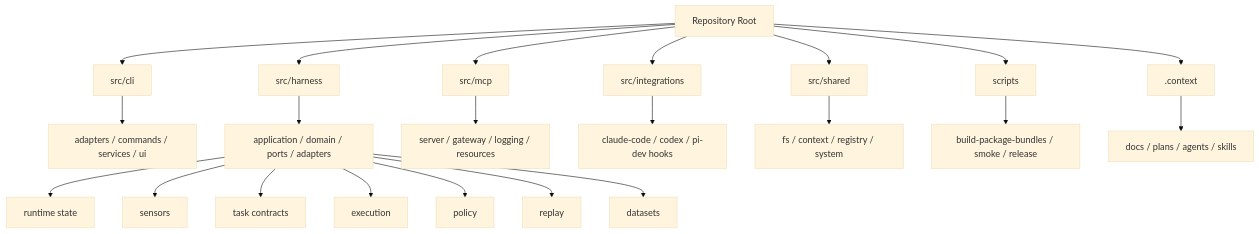
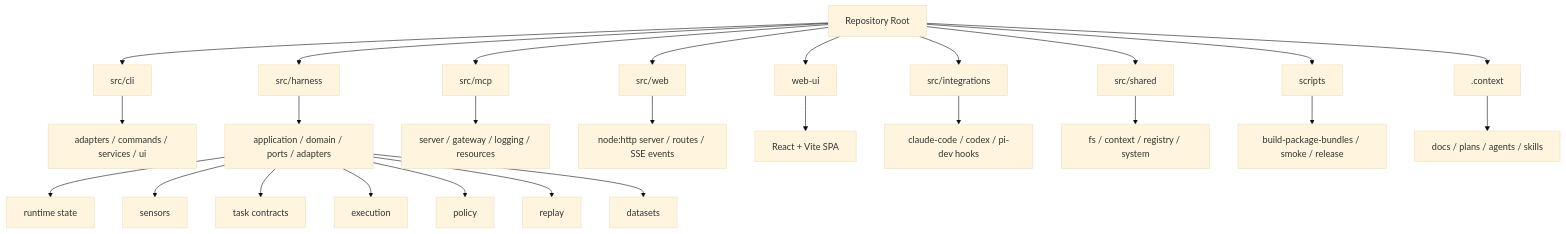
One commit to vinilana/dotcontext changed the third of 4 diagrams in ARCHITECTURE.md. Above: the diagram before and after it, drawn with Mermaid (base theme). The commit also changed other lines of this file and 35 other files, not shown here.

````diff
--- a/ARCHITECTURE.md
+++ b/ARCHITECTURE.md
@@ -144,29 +150,33 @@
 ```mermaid
 flowchart TD
     Root["Repository Root"]
 
     Root --> CLI["src/cli"]
     Root --> Harness["src/harness"]
     Root --> MCP["src/mcp"]
+    Root --> Web["src/web"]
+    Root --> WebUI["web-ui"]
     Root --> Integrations["src/integrations"]
     Root --> Shared["src/shared"]
     Root --> Scripts["scripts"]
     Root --> Context[".context"]
 
     CLI --> CLIAdapters["adapters / commands / services / ui"]
     Harness --> HarnessBoundary["application / domain / ports / adapters"]
     MCP --> MCPBoundary["server / gateway / logging / resources"]
+    Web --> WebBoundary["node:http server / routes / SSE events"]
+    WebUI --> WebUIBoundary["React + Vite SPA"]
     Integrations --> HostAdapters["claude-code / codex / pi-dev hooks"]
     Shared --> SharedCore["fs / context / registry / system"]
 
     HarnessBoundary --> Runtime["runtime state"]
     HarnessBoundary --> Sensors["sensors"]
     HarnessBoundary --> Contracts["task contracts"]
     HarnessBoundary --> Execution["execution"]
     HarnessBoundary --> Policy["policy"]
     HarnessBoundary --> Replay["replay"]
     HarnessBoundary --> Dataset["datasets"]
 
     Scripts --> Packaging["build-package-bundles / smoke / release"]
     Context --> Docs["docs / plans / agents / skills"]
 ```
````
